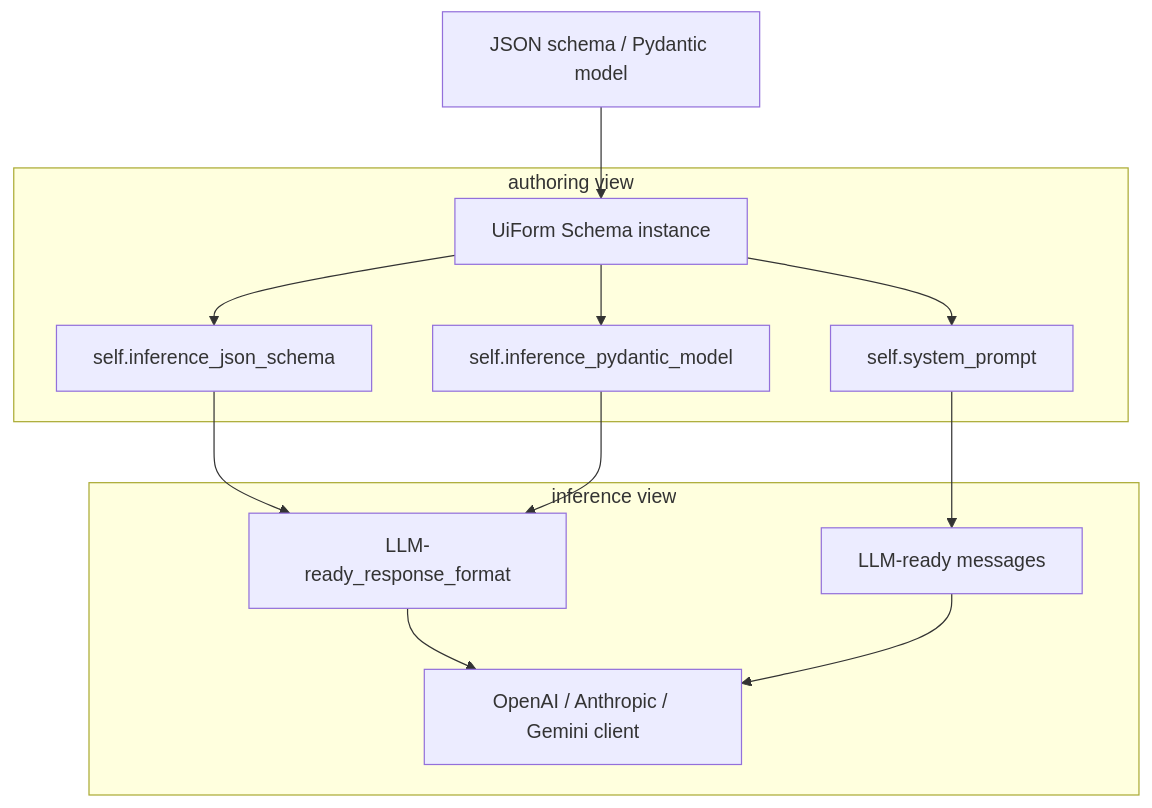
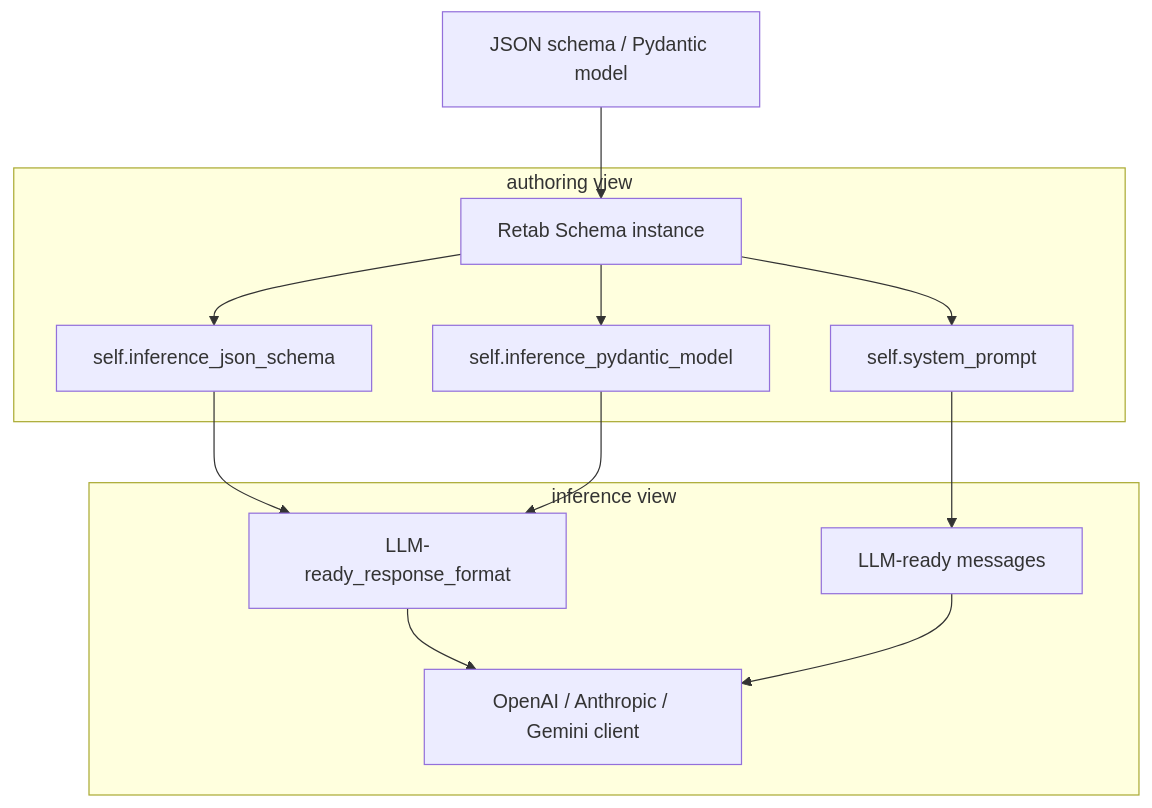
One commit to retab-dev/docs changed the diagram in core/Schema.mdx. Above: the diagram before and after it, drawn with Mermaid. The commit also changed other lines of this file and 43 other files, not shown here.

````diff
--- a/core/Schema.mdx
+++ b/core/Schema.mdx
@@ -365,31 +365,31 @@
 ```mermaid
 graph TD
-    A["JSON schema / Pydantic model"] --> B["UiForm Schema instance"]
+    A["JSON schema / Pydantic model"] --> B["Retab Schema instance"]
     B --> C1["self.inference_json_schema"]
     B --> C2["self.inference_pydantic_model"]
     B --> C3["self.system_prompt"]
     
     C1 --> D["LLM-ready_response_format"]
     C2 --> D
     C3 --> E["LLM-ready messages"]
     
     D --> F
     
     E --> F["OpenAI / Anthropic / Gemini client"]
     subgraph "authoring view"
         B
         C1
         C2
         C3
     end
     
     subgraph "inference view"
         D
         E
         F
     end
     
     %% Description text
     classDef invisible fill:none,stroke:none;
     class description invisible;
 ```
````
